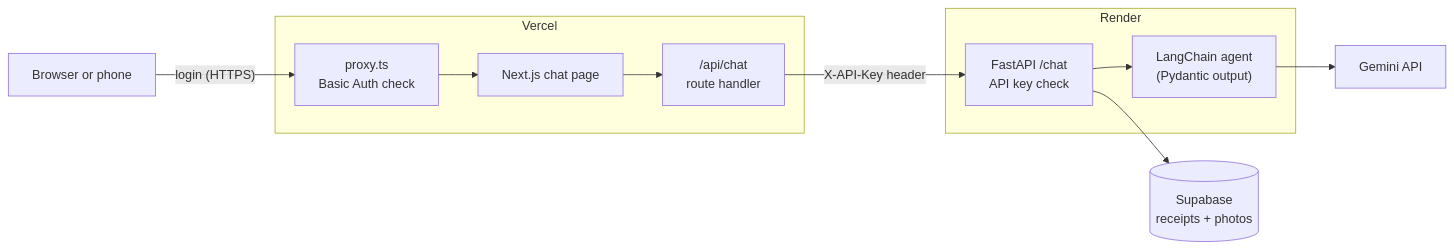
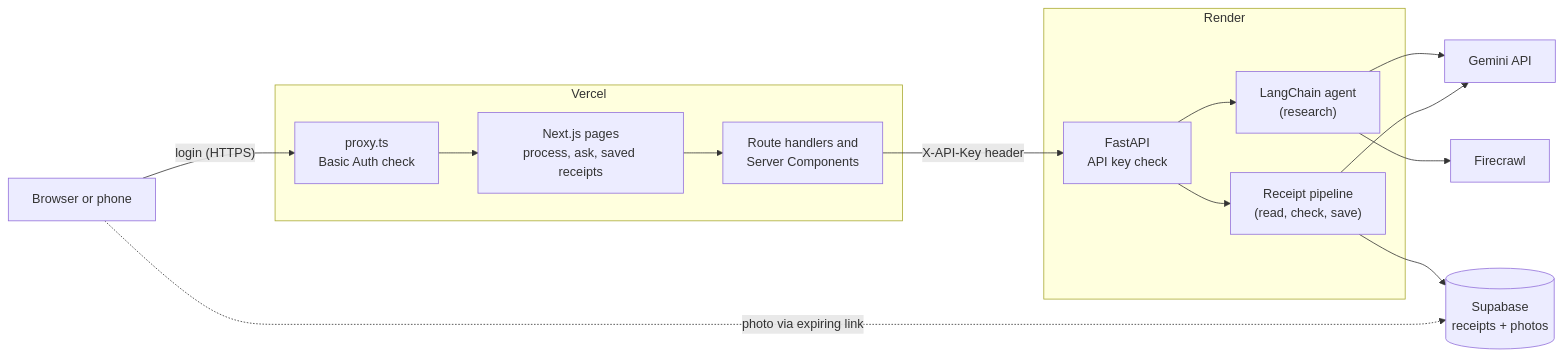
The first of 2 diagrams in readme.md (PoshLizard/treasurerAgent), drawn with Mermaid before and after one commit. The commit also changed other lines of this file and 39 other files, not shown here.

````diff
--- a/readme.md
+++ b/readme.md
@@ -25,17 +24,21 @@
 ```mermaid
 flowchart LR
     User["Browser or phone"] -- "login (HTTPS)" --> Proxy
 
     subgraph Vercel["Vercel"]
-        Proxy["proxy.ts<br/>Basic Auth check"] --> Page["Next.js chat page"]
-        Page --> Route["/api/chat<br/>route handler"]
+        Proxy["proxy.ts<br/>Basic Auth check"] --> Pages["Next.js pages<br/>process, ask, saved receipts"]
+        Pages --> Server["Route handlers and<br/>Server Components"]
     end
 
     subgraph Render["Render"]
-        API["FastAPI /chat<br/>API key check"] --> Agent["LangChain agent<br/>(Pydantic output)"]
+        API["FastAPI<br/>API key check"] --> Agent["LangChain agent<br/>(research)"]
+        API --> Pipeline["Receipt pipeline<br/>(read, check, save)"]
     end
 
-    Route -- "X-API-Key header" --> API
+    Server -- "X-API-Key header" --> API
     Agent --> Gemini["Gemini API"]
-    API --> Supabase[("Supabase<br/>receipts + photos")]
+    Agent --> Firecrawl["Firecrawl"]
+    Pipeline --> Gemini
+    Pipeline --> Supabase[("Supabase<br/>receipts + photos")]
+    User -.->|"photo via expiring link"| Supabase
 ```
````
